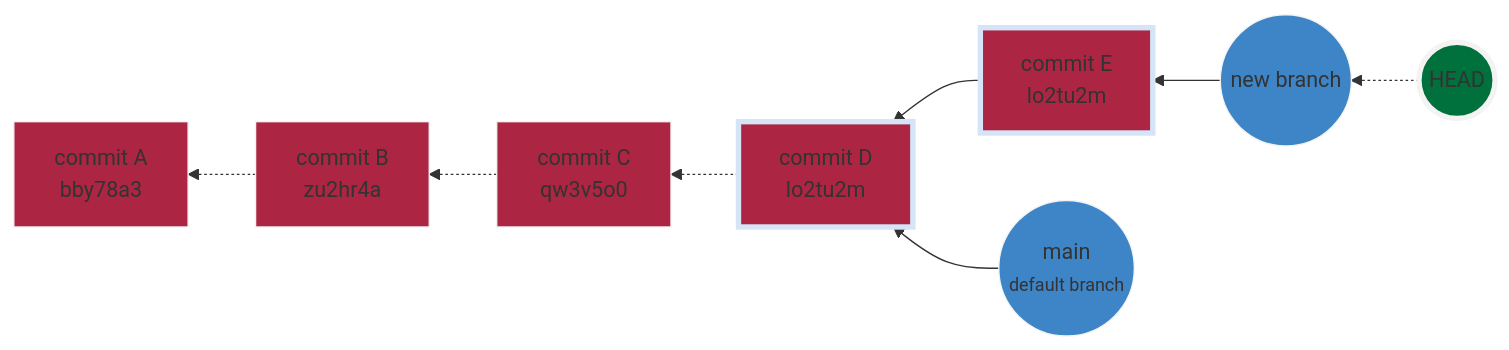
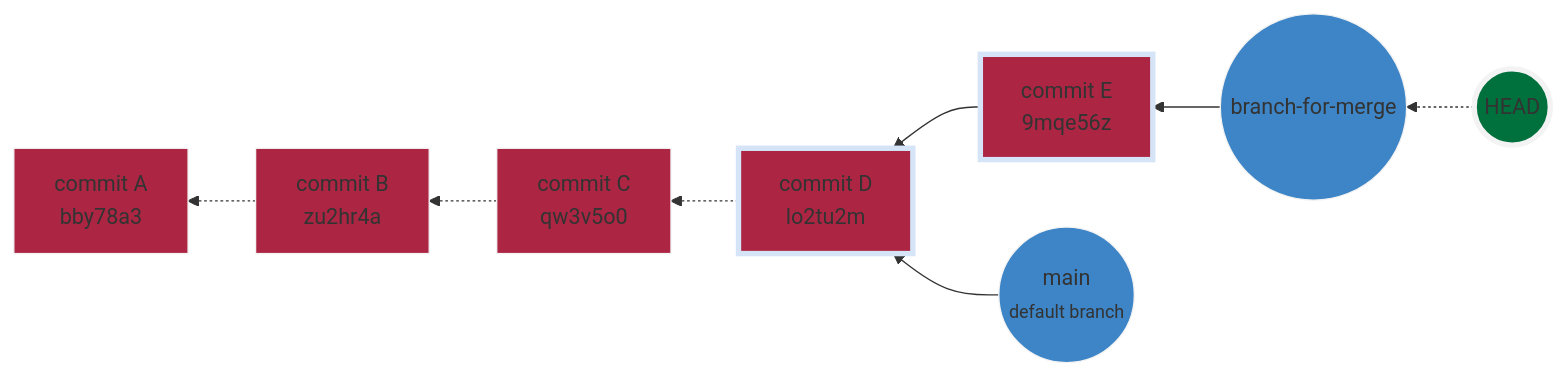
Diagram 12 of 17 in README.md (ganeshk627/source-control-with-git), drawn with Mermaid before and after one commit. The commit also changed other lines of this file and 5 other files, not shown here.

Commit message:
Commiting new-branch-for-merge changes

````diff
--- a/README.md
+++ b/README.md
@@ -546,29 +546,29 @@
 ```mermaid
 graph RL
     A[commit A<br>bby78a3]
     B[commit B<br>zu2hr4a]
     C[commit C<br>qw3v5o0]
     D[commit D<br>lo2tu2m]
-    E[commit E<br>lo2tu2m]
+    E[commit E<br>9mqe56z]
     I((main <br> <small>default branch<small/>))
-    J((new branch))
+    J((branch-for-merge))
     H((HEAD))
 
 
     B -.-> A
     C -.-> B
     D -.-> C
     E --> D
     I --> D
     H -.-> J
     J --> E
 
     style H fill:#00703c,stroke:#f3f3f3,stroke-width:4px;
     style E fill:#ac2643,stroke:#d5e4f7,stroke-width:4px;
     style D fill:#ac2643,stroke:#d5e4f7,stroke-width:4px;
     style C fill:#ac2643,stroke:#f3f3f3,stroke-width:1px;
     style B fill:#ac2643,stroke:#f3f3f3,stroke-width:1px;
     style A fill:#ac2643,stroke:#f3f3f3,stroke-width:1px;
     style I fill:#3d85c6,stroke:#f3f3f3,stroke-width:1px;
     style J fill:#3d85c6,stroke:#f3f3f3,stroke-width:1px;
 ```
````
